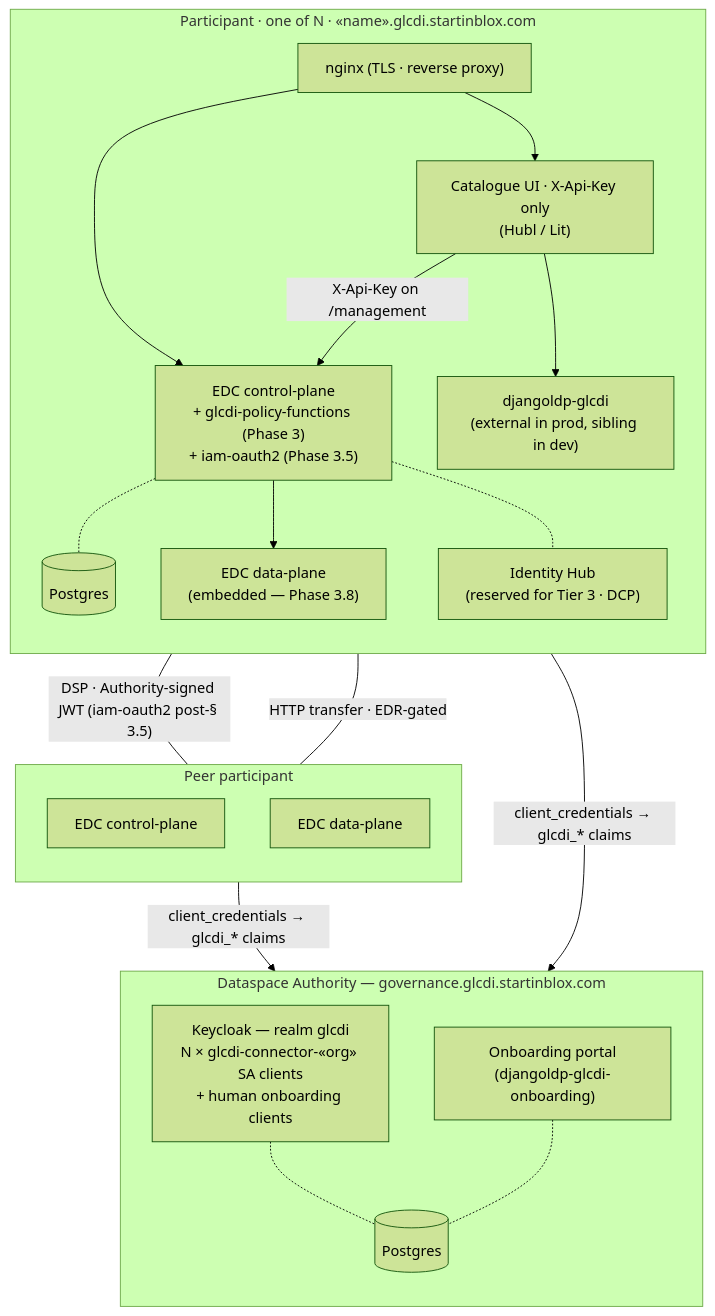
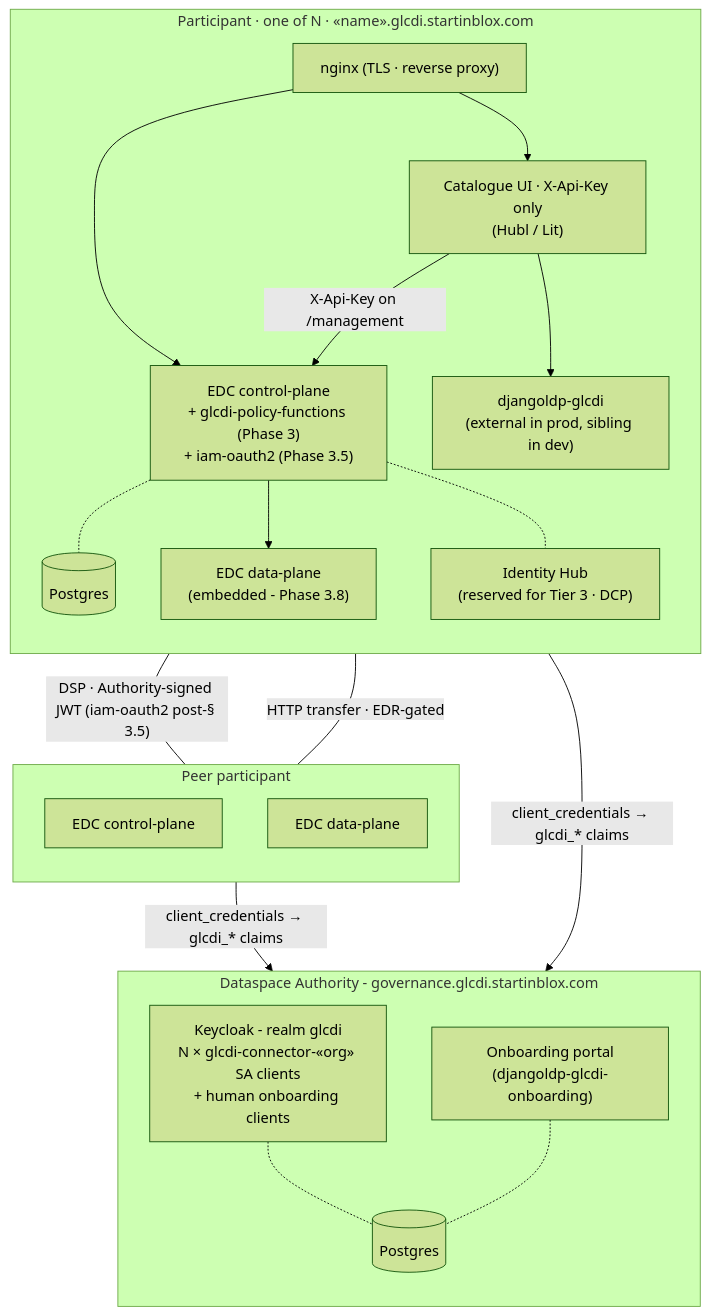
The diagram in IMPLEM_PLAN.md (glcdi/documentation), drawn with Mermaid (forest theme) before and after one commit. The commit also changed other lines of this file and 80 other files, not shown here.

Commit message:
update: add a dedicated architecture.md doc file

````diff
--- a/IMPLEM_PLAN.md
+++ b/IMPLEM_PLAN.md
@@ -72,40 +72,40 @@
 ```mermaid
 flowchart TB
-    subgraph Auth["Dataspace Authority — governance.glcdi.startinblox.com"]
+    subgraph Auth["Dataspace Authority - governance.glcdi.startinblox.com"]
         direction TB
-        AKC["Keycloak — realm glcdi<br/>N × glcdi-connector-«org» SA clients<br/>+ human onboarding clients"]
+        AKC["Keycloak - realm glcdi<br/>N × glcdi-connector-«org» SA clients<br/>+ human onboarding clients"]
         Onb["Onboarding portal<br/>(djangoldp-glcdi-onboarding)"]
         APg[("Postgres")]
         AKC -.- APg
         Onb -.- APg
     end
 
     subgraph PA["Participant · one of N · «name».glcdi.startinblox.com"]
         direction TB
         NGX["nginx (TLS · reverse proxy)"]
         UI["Catalogue UI · X-Api-Key only<br/>(Hubl / Lit)"]
         CP["EDC control-plane<br/>+ glcdi-policy-functions (Phase 3)<br/>+ iam-oauth2 (Phase 3.5)"]
-        DP["EDC data-plane<br/>(embedded — Phase 3.8)"]
+        DP["EDC data-plane<br/>(embedded - Phase 3.8)"]
         IDH["Identity Hub<br/>(reserved for Tier 3 · DCP)"]
         LDP["djangoldp-glcdi<br/>(external in prod, sibling in dev)"]
         Pg[("Postgres")]
         NGX --> UI
         NGX --> CP
         UI --> LDP
         CP -.- Pg
         CP --> DP
         CP -.- IDH
     end
 
     subgraph PB["Peer participant"]
         direction TB
         CP2["EDC control-plane"]
         DP2["EDC data-plane"]
     end
 
     UI -->|"X-Api-Key on /management"| CP
     CP ---|"DSP · Authority-signed JWT (iam-oauth2 post-§ 3.5)"| CP2
     DP ---|"HTTP transfer · EDR-gated"| DP2
     CP -->|"client_credentials → glcdi_* claims"| AKC
     CP2 -->|"client_credentials → glcdi_* claims"| AKC
 ```
````
